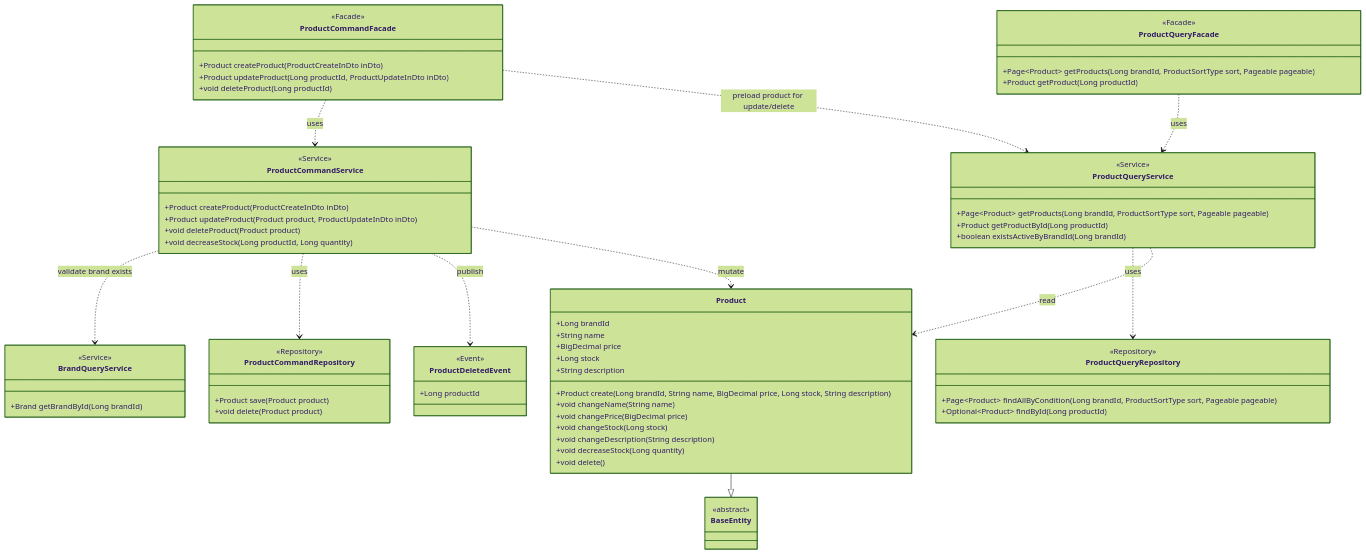
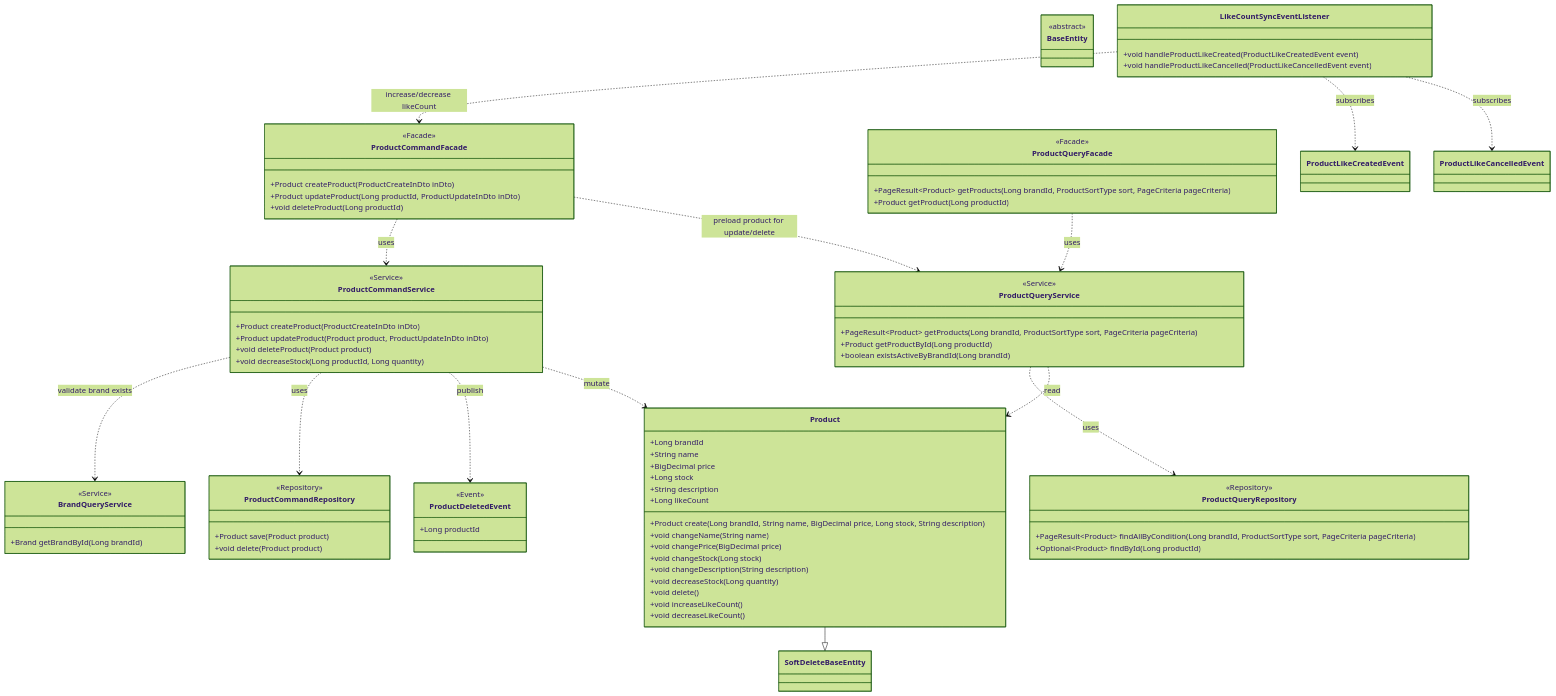
The fourth of 8 diagrams in docs/design/03-class-diagram.md (Hwan0518/loop-pack-be-l2-vol3-java), drawn with Mermaid (forest theme) before and after one commit. The commit also changed other lines of this file and 474 other files, not shown here.

```diff
--- a/docs/design/03-class-diagram.md
+++ b/docs/design/03-class-diagram.md
@@ -271,6 +309,7 @@
         +BigDecimal price
         +Long stock
         +String description
+        +Long likeCount
         +Product create(Long brandId, String name, BigDecimal price, Long stock, String description)
         +void changeName(String name)
         +void changePrice(BigDecimal price)
@@ -278,8 +317,10 @@
         +void changeDescription(String description)
         +void decreaseStock(Long quantity)
         +void delete()
+        +void increaseLikeCount()
+        +void decreaseLikeCount()
     }
-    Product --|> BaseEntity
+    Product --|> SoftDeleteBaseEntity
 
     class ProductCommandFacade {
         <<Facade>>
@@ -290,7 +331,7 @@
 
     class ProductQueryFacade {
         <<Facade>>
-        +Page~Product~ getProducts(Long brandId, ProductSortType sort, Pageable pageable)
+        +PageResult~Product~ getProducts(Long brandId, ProductSortType sort, PageCriteria pageCriteria)
         +Product getProduct(Long productId)
     }
 
@@ -304,7 +345,7 @@
 
     class ProductQueryService {
         <<Service>>
-        +Page~Product~ getProducts(Long brandId, ProductSortType sort, Pageable pageable)
+        +PageResult~Product~ getProducts(Long brandId, ProductSortType sort, PageCriteria pageCriteria)
         +Product getProductById(Long productId)
         +boolean existsActiveByBrandId(Long brandId)
     }
@@ -322,13 +363,18 @@
 
     class ProductQueryRepository {
         <<Repository>>
-        +Page~Product~ findAllByCondition(Long brandId, ProductSortType sort, Pageable pageable)
+        +PageResult~Product~ findAllByCondition(Long brandId, ProductSortType sort, PageCriteria pageCriteria)
         +Optional~Product~ findById(Long productId)
     }
 
     class ProductDeletedEvent {
         <<Event>>
         +Long productId
+    }
+
+    class LikeCountSyncEventListener {
+        +void handleProductLikeCreated(ProductLikeCreatedEvent event)
+        +void handleProductLikeCancelled(ProductLikeCancelledEvent event)
     }
 
     ProductCommandFacade ..> ProductCommandService : uses
@@ -339,6 +385,9 @@
     ProductCommandService ..> ProductCommandRepository : uses
     ProductCommandService ..> ProductDeletedEvent : publish
     ProductQueryService ..> ProductQueryRepository : uses
+    LikeCountSyncEventListener ..> ProductCommandFacade : increase/decrease likeCount
+    LikeCountSyncEventListener ..> ProductLikeCreatedEvent : subscribes
+    LikeCountSyncEventListener ..> ProductLikeCancelledEvent : subscribes
 
     ProductCommandService ..> Product : mutate
     ProductQueryService ..> Product : read
```
